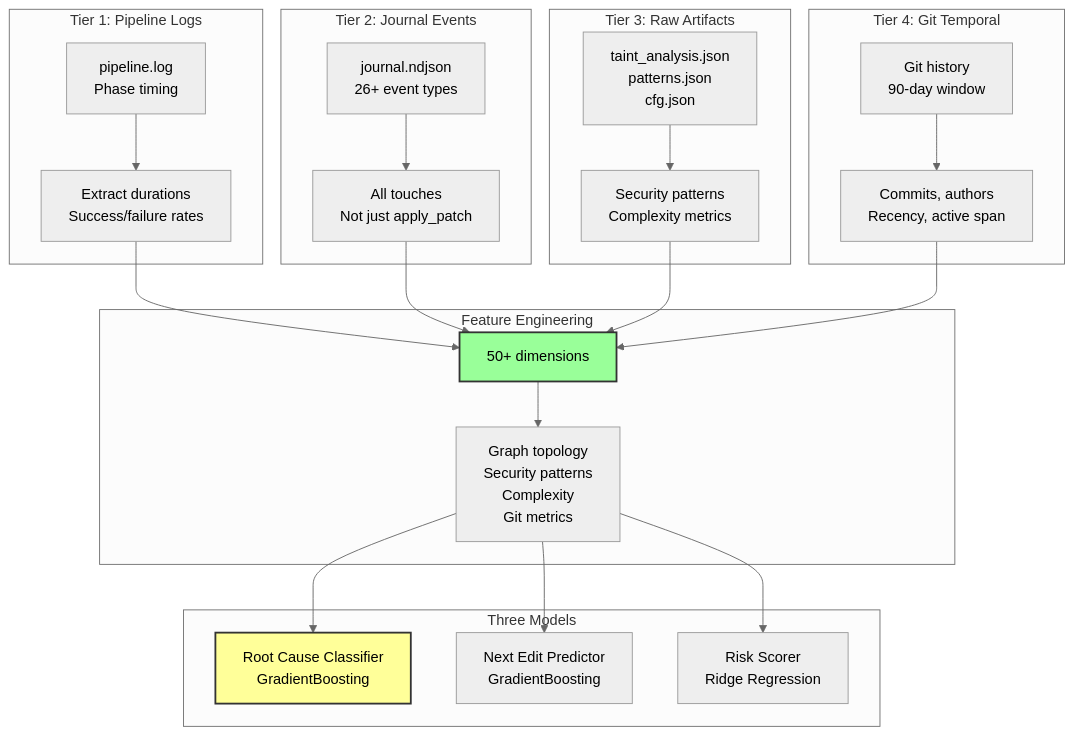
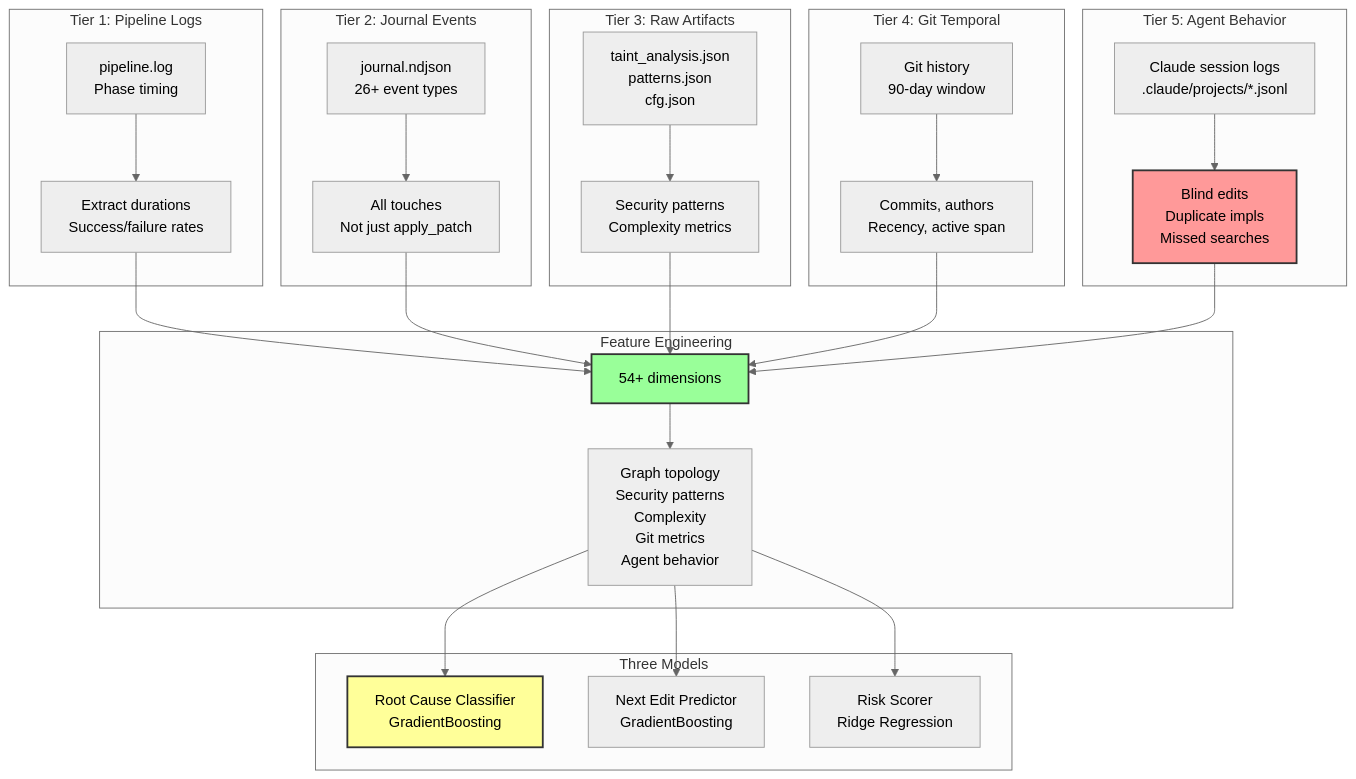
Before and after one commit to TheAuditorTool/Auditor: diagram 12 of 13 in Architecture.md, drawn with Mermaid (neutral theme). The commit also changed other lines of this file and 9 other files, not shown here.

First line of the commit message:
feat(ml): Add Tier 5 agent behavior intelligence to ML risk models

````diff
--- a/Architecture.md
+++ b/Architecture.md
@@ -1025,46 +1025,53 @@
 ```mermaid
 graph TB
     subgraph "Tier 1: Pipeline Logs"
         A1[pipeline.log<br/>Phase timing]
         A2[Extract durations<br/>Success/failure rates]
     end
 
     subgraph "Tier 2: Journal Events"
         B1[journal.ndjson<br/>26+ event types]
         B2[All touches<br/>Not just apply_patch]
     end
 
     subgraph "Tier 3: Raw Artifacts"
         C1[taint_analysis.json<br/>patterns.json<br/>cfg.json]
         C2[Security patterns<br/>Complexity metrics]
     end
 
     subgraph "Tier 4: Git Temporal"
         D1[Git history<br/>90-day window]
         D2[Commits, authors<br/>Recency, active span]
     end
 
+    subgraph "Tier 5: Agent Behavior"
+        G1[Claude session logs<br/>.claude/projects/*.jsonl]
+        G2[Blind edits<br/>Duplicate impls<br/>Missed searches]
+    end
+
     subgraph "Feature Engineering"
-        E1[50+ dimensions]
-        E2[Graph topology<br/>Security patterns<br/>Complexity<br/>Git metrics]
+        E1[54+ dimensions]
+        E2[Graph topology<br/>Security patterns<br/>Complexity<br/>Git metrics<br/>Agent behavior]
     end
 
     subgraph "Three Models"
         F1[Root Cause Classifier<br/>GradientBoosting]
         F2[Next Edit Predictor<br/>GradientBoosting]
         F3[Risk Scorer<br/>Ridge Regression]
     end
 
     A1 --> A2 --> E1
     B1 --> B2 --> E1
     C1 --> C2 --> E1
     D1 --> D2 --> E1
+    G1 --> G2 --> E1
 
     E1 --> E2
     E2 --> F1
     E2 --> F2
     E2 --> F3
 
     style E1 fill:#9f9,stroke:#333,stroke-width:2px
     style F1 fill:#ff9,stroke:#333,stroke-width:2px
+    style G2 fill:#f99,stroke:#333,stroke-width:2px
 ```
````
